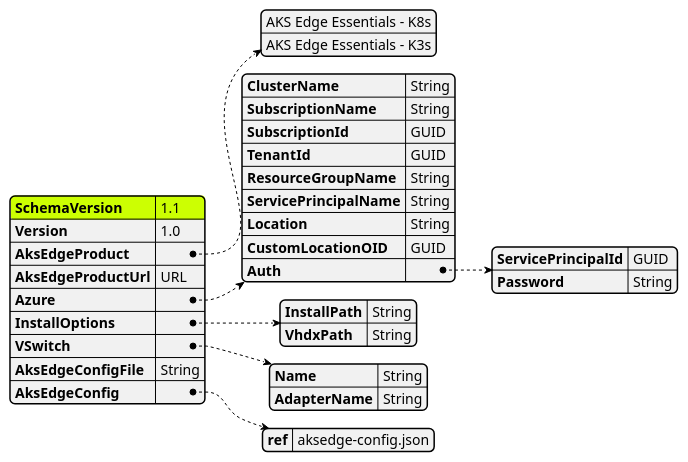
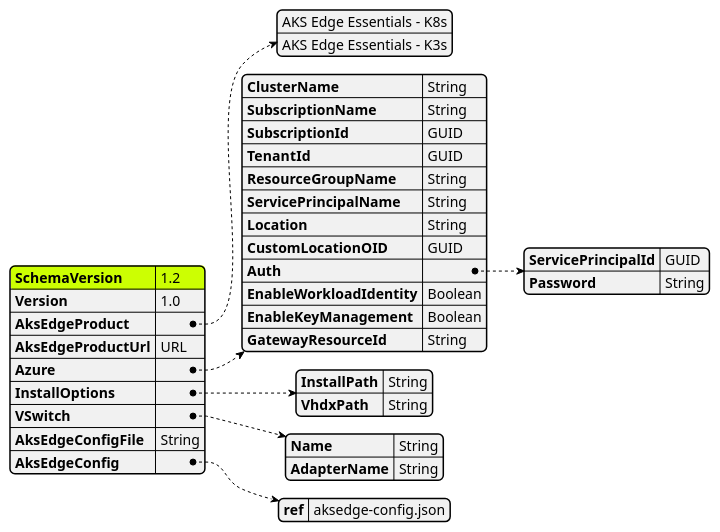
One commit to Azure/AKS-Edge changed the diagram in tools/modules/AksEdgeDeploy/aide-userconfig.puml. Above: the diagram before and after it, drawn with PlantUML. The commit also changed 3 other files, not shown here.

```diff
--- a/tools/modules/AksEdgeDeploy/aide-userconfig.puml
+++ b/tools/modules/AksEdgeDeploy/aide-userconfig.puml
@@ -1,61 +1,64 @@
 @startjson AksEdgeDeploy
 <style>
 jsonDiagram {
     node {
         FontSize 12
         RoundCorner 10
         LineThickness 0.5
         separator {
             LineThickness 0.25
         }
     }
     arrow {
         LineThickness 0.5
         LineStyle 2;6
     }
     highlight {
         BackgroundColor black
         FontColor White
     }
 }
 </style>
 #highlight "SchemaVersion"
 {
-    "SchemaVersion":"1.1",
+    "SchemaVersion":"1.2",
     "Version":"1.0",
     "AksEdgeProduct" : [
                 "AKS Edge Essentials - K8s",
                 "AKS Edge Essentials - K3s"
             ],
     "AksEdgeProductUrl" : "URL",
     "Azure":{
         "ClusterName":"String",
         "SubscriptionName":"String",
         "SubscriptionId": "GUID",
         "TenantId":"GUID",
         "ResourceGroupName": "String",
         "ServicePrincipalName" : "String",
         "Location" : "String",
         "CustomLocationOID":"GUID",
         "Auth": {
             "ServicePrincipalId" : "GUID",
             "Password" : "String"
-        }
+        },
+        "EnableWorkloadIdentity" : "Boolean",
+        "EnableKeyManagement" : "Boolean",
+        "GatewayResourceId": "String"
     }
     ,
     "InstallOptions":{
         "InstallPath":"String",
         "VhdxPath":"String"
     }
     ,
     "VSwitch": {
         "Name": "String",
         "AdapterName": "String"
     }
     ,
     "AksEdgeConfigFile":"String",
     "AksEdgeConfig":{
         "ref" :"aksedge-config.json"
     }
 }
 @endjson
```
